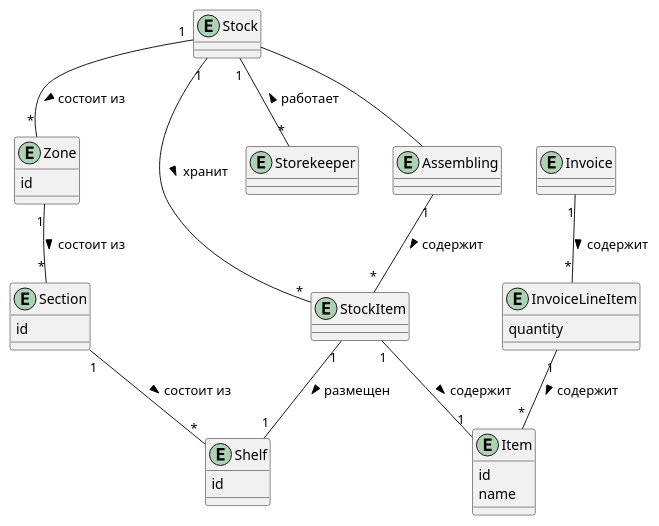
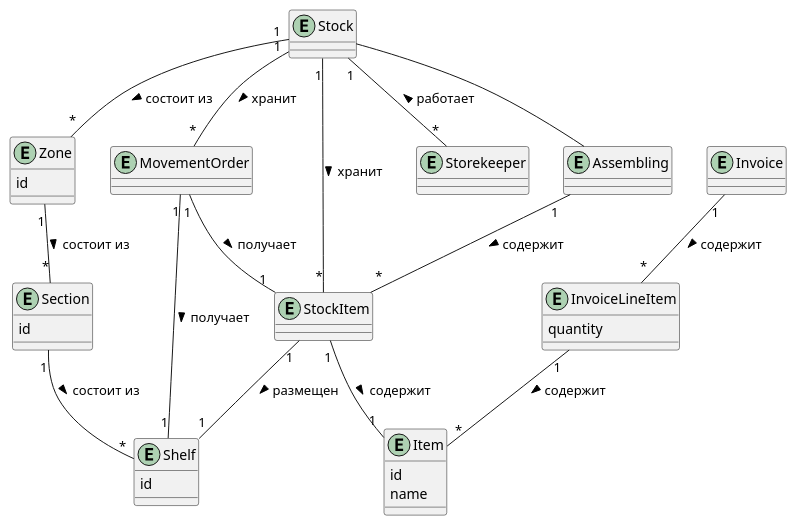
One commit to penamarth/bsbo-02-21_team5_var6_sklad changed the diagram in warehouse/модель_предметной_области.md. Above: the diagram before and after it, drawn with PlantUML.

````diff
--- a/warehouse/модель_предметной_области.md
+++ b/warehouse/модель_предметной_области.md
@@ -1,51 +1,55 @@
 ```plantuml
 
-@startuml
+@startuml 
 
 entity Stock {}
+
+entity MovementOrder {}
 
 entity Item {
   id
   name
 }
 
 entity StockItem {}
 
 entity Zone {
   id
 }
 
 entity Section {
   id
 }
 
 entity Shelf {
   id
 }
 
 entity Invoice {}
 
 entity InvoiceLineItem {
   quantity
 }
 
 entity Storekeeper {}
 
 entity Assembling {}
 
 Stock "1" -- "*" StockItem : "хранит >"
+Stock "1" -- "*" MovementOrder : "хранит >"
+MovementOrder "1" -- "1" StockItem : "получает >"
+MovementOrder "1" -- "1" Shelf: "получает >"
 StockItem "1" -- "1" Item : "содержит >"
 StockItem "1" -- "1" Shelf : "размещен >"
 Invoice "1" -- "*" InvoiceLineItem : "содержит >"
 InvoiceLineItem "1" -- "*" Item : "содержит >"
 Stock "1" -- "*" Zone : "состоит из >"
 Zone "1" -- "*" Section : "состоит из >"
 Section "1" -- "*" Shelf : "состоит из >"
 Stock "1" -- "*" Storekeeper : "работает <"
 Stock -- Assembling
 Assembling "1" -- "*" StockItem : "содержит >"
 
-
 @enduml
 
 ```
````
